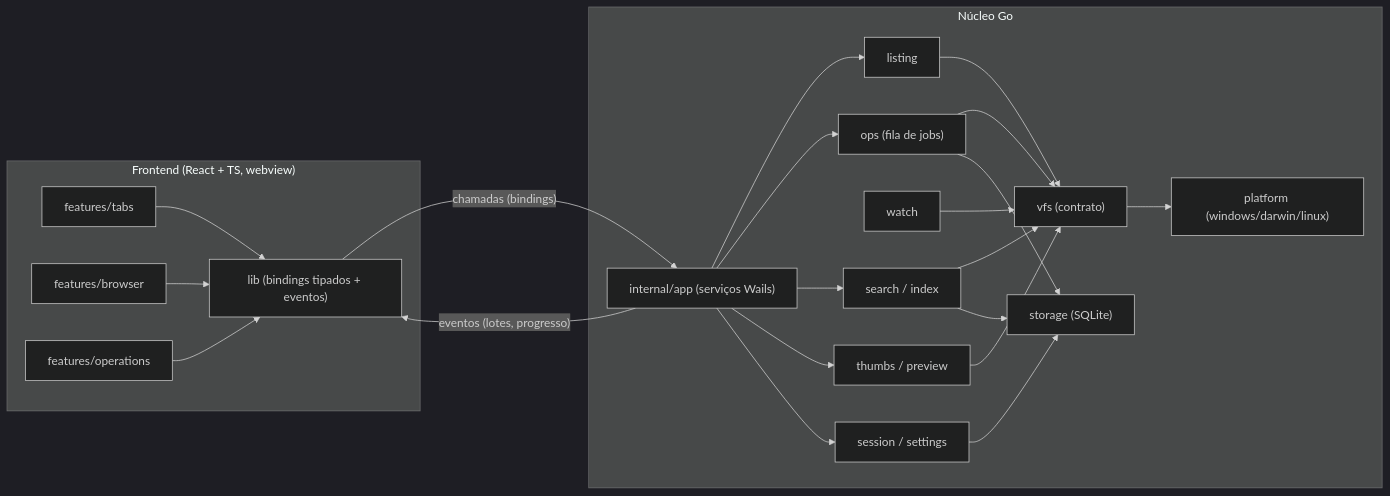
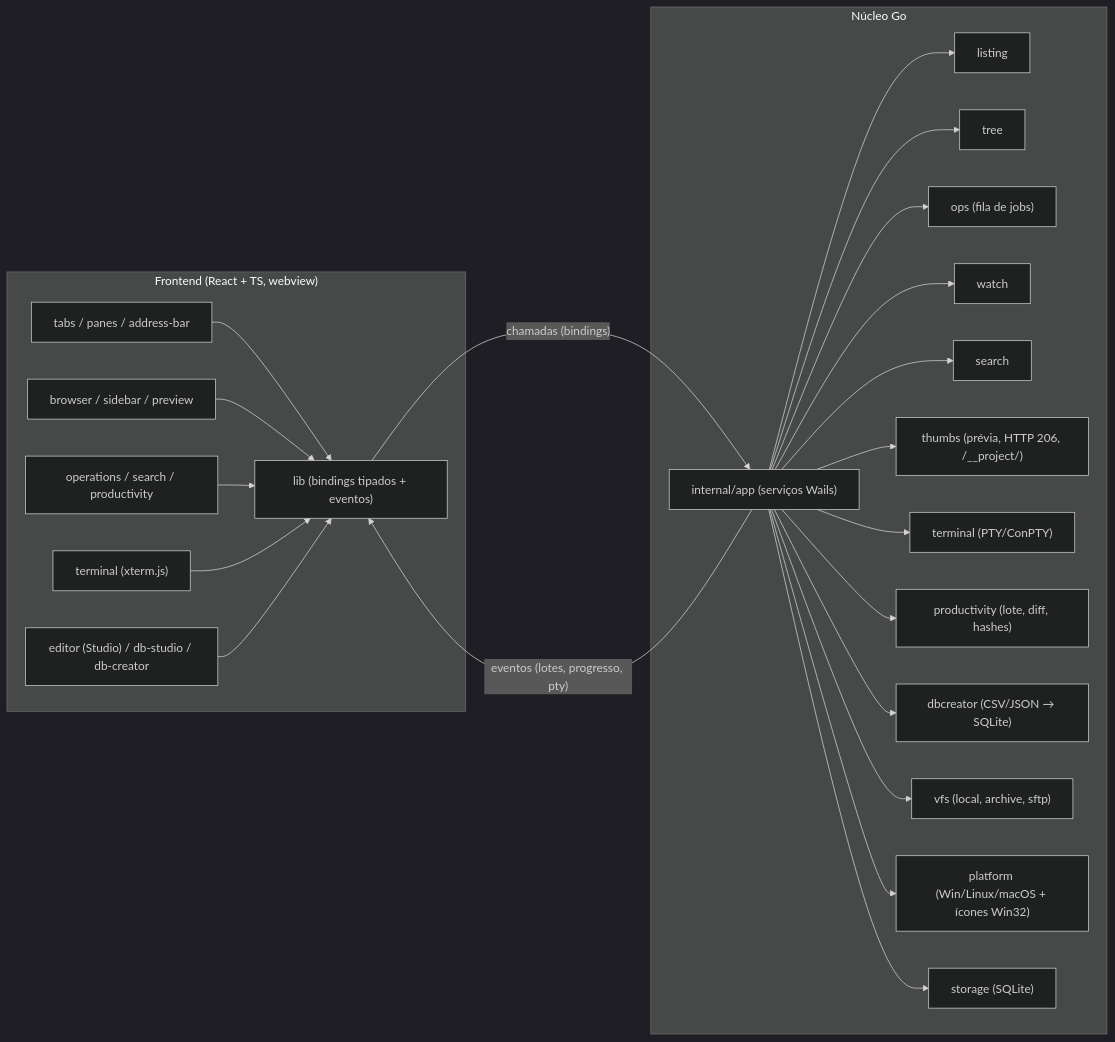
One commit to vitorkrewer/pulsares-file-explorer changed the first of 4 diagrams in docs/architecture.md. Above: the diagram before and after it, drawn with Mermaid (dark theme). The commit also changed other lines of this file and 11 other files, not shown here.

````diff
--- a/docs/architecture.md
+++ b/docs/architecture.md
@@ -5,42 +5,47 @@
 ```mermaid
 flowchart LR
   subgraph UI["Frontend (React + TS, webview)"]
-    Tabs["features/tabs"]
-    Browser["features/browser"]
-    Ops["features/operations"]
+    Tabs["tabs / panes / address-bar"]
+    Browser["browser / sidebar / preview"]
+    Ops["operations / search / productivity"]
+    TerminalUI["terminal (xterm.js)"]
+    Studio["editor (Studio) / db-studio / db-creator"]
     Lib["lib (bindings tipados + eventos)"]
     Tabs --> Lib
     Browser --> Lib
     Ops --> Lib
+    TerminalUI --> Lib
+    Studio --> Lib
   end
 
   subgraph Core["Núcleo Go"]
     App["internal/app (serviços Wails)"]
     Listing["listing"]
+    Tree["tree"]
     OpsCore["ops (fila de jobs)"]
     Watch["watch"]
-    Search["search / index"]
-    Thumbs["thumbs / preview"]
-    Session["session / settings"]
-    VFS["vfs (contrato)"]
-    Platform["platform (windows/darwin/linux)"]
+    Search["search"]
+    Thumbs["thumbs (prévia, HTTP 206, /__project/)"]
+    Terminal["terminal (PTY/ConPTY)"]
+    Prod["productivity (lote, diff, hashes)"]
+    DBCreator["dbcreator (CSV/JSON → SQLite)"]
+    VFS["vfs (local, archive, sftp)"]
+    Platform["platform (Win/Linux/macOS + ícones Win32)"]
     Storage["storage (SQLite)"]
     App --> Listing
+    App --> Tree
     App --> OpsCore
+    App --> Watch
     App --> Search
     App --> Thumbs
-    App --> Session
-    Listing --> VFS
-    OpsCore --> VFS
-    Watch --> VFS
-    Search --> VFS
-    Thumbs --> VFS
-    VFS --> Platform
-    Session --> Storage
-    Search --> Storage
-    OpsCore --> Storage
+    App --> Terminal
+    App --> Prod
+    App --> DBCreator
+    App --> VFS
+    App --> Platform
+    App --> Storage
   end
 
   Lib -- "chamadas (bindings)" --> App
-  App -- "eventos (lotes, progresso)" --> Lib
+  App -- "eventos (lotes, progresso, pty)" --> Lib
 ```
````
